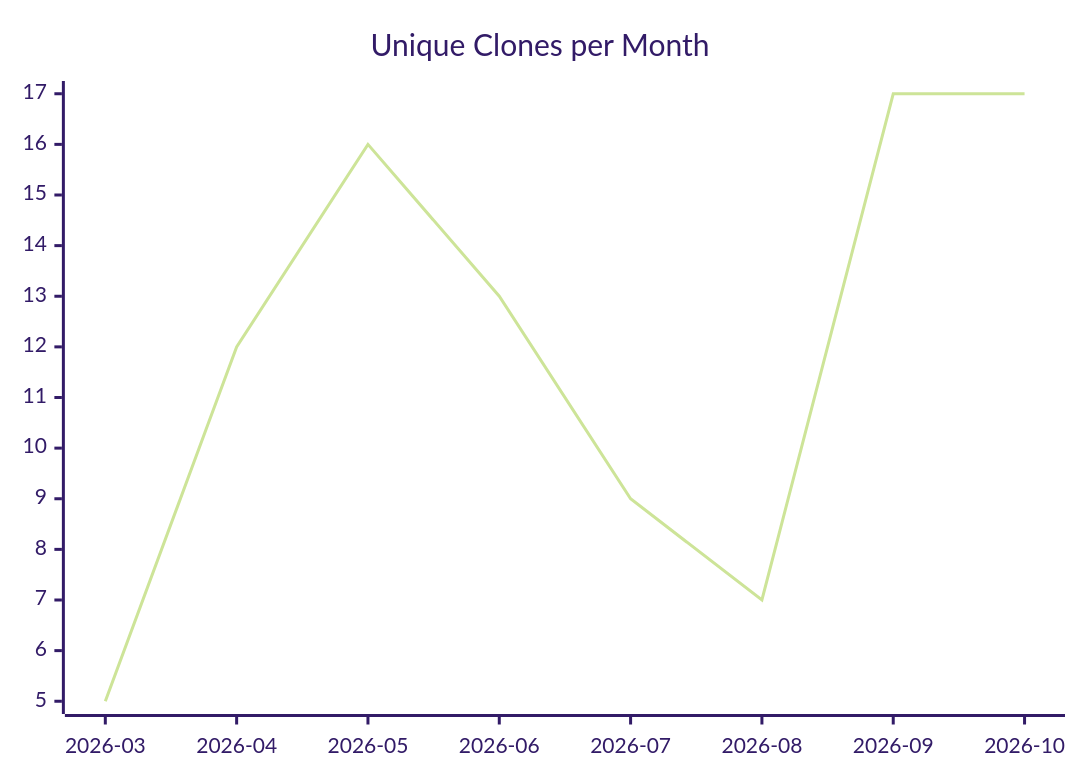
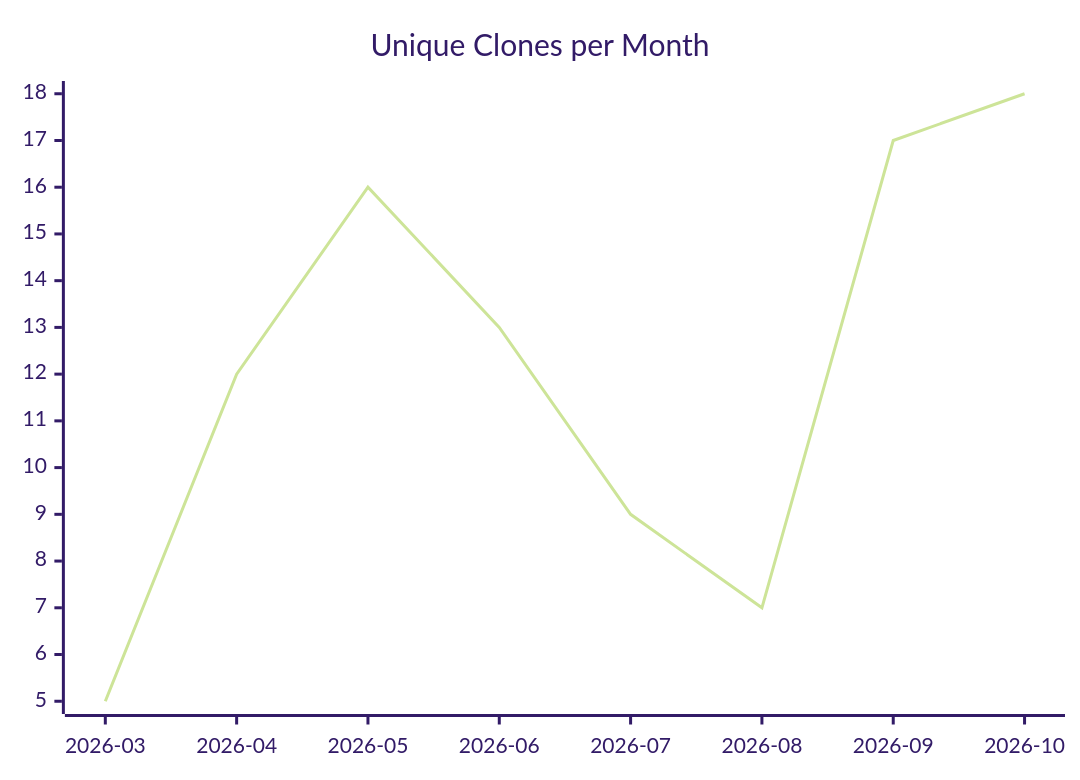
The third of 3 diagrams in karlmdavis/justdavis-karl/README.md (justdavis-family/github-analytics-data), drawn with Mermaid (forest theme) before and after one commit. The commit also changed other lines of this file and 200 other files, not shown here.

````diff
--- a/karlmdavis/justdavis-karl/README.md
+++ b/karlmdavis/justdavis-karl/README.md
@@ -19,6 +19,6 @@
 ```mermaid
 xychart-beta
   title "Unique Clones per Month"
   x-axis ["2026-03", "2026-04", "2026-05", "2026-06", "2026-07", "2026-08", "2026-09", "2026-10"]
-  line [5, 12, 16, 13, 9, 7, 17, 17]
+  line [5, 12, 16, 13, 9, 7, 17, 18]
 ```
````
